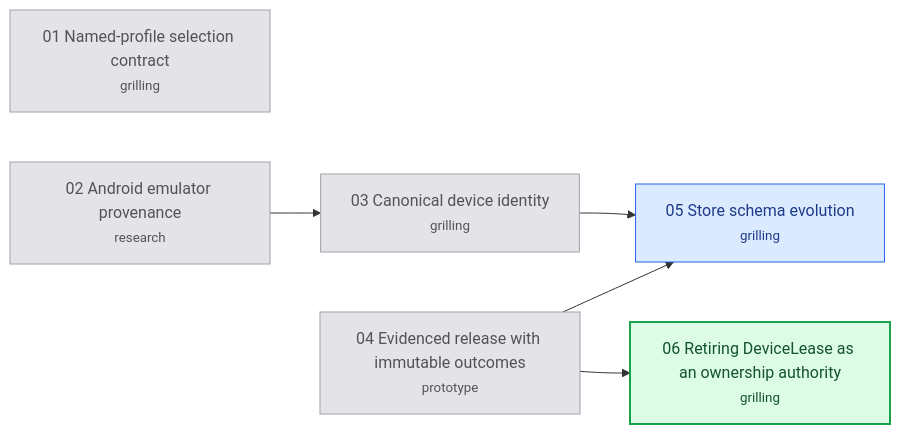
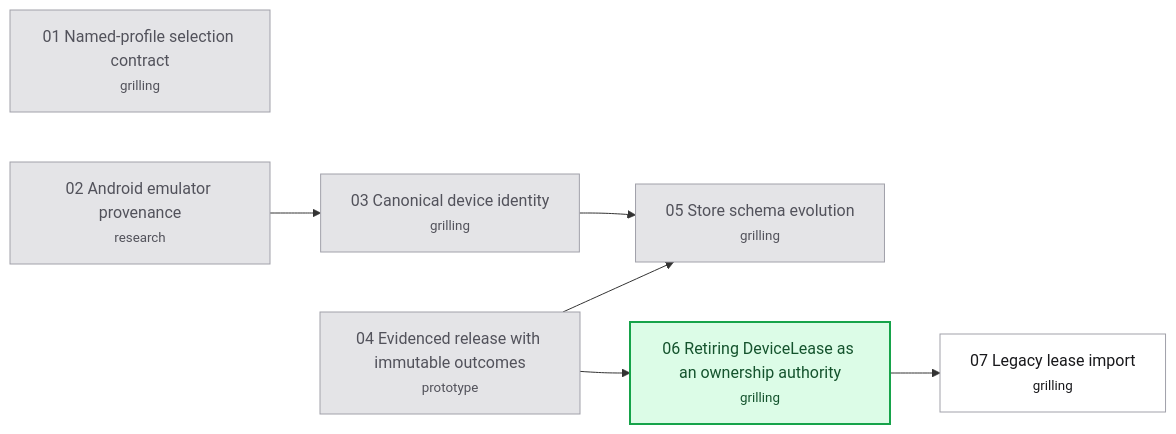
The diagram in .scratch/appium-phase2/map.md (hugues-vnsgn/jev-ios-bridge), drawn with Mermaid before and after one commit. The commit also changed other lines of this file and 4 other files, not shown here.

Commit message:
Resolve Store schema evolution

````diff
--- a/.scratch/appium-phase2/map.md
+++ b/.scratch/appium-phase2/map.md
@@ -41,20 +42,22 @@
 ```mermaid
 flowchart LR
     T01["01 Named-profile selection contract<br/><small>grilling</small>"]
     T02["02 Android emulator provenance<br/><small>research</small>"]
     T03["03 Canonical device identity<br/><small>grilling</small>"]
     T04["04 Evidenced release with immutable outcomes<br/><small>prototype</small>"]
     T05["05 Store schema evolution<br/><small>grilling</small>"]
     T06["06 Retiring DeviceLease as an ownership authority<br/><small>grilling</small>"]
+    T07["07 Legacy lease import<br/><small>grilling</small>"]
     T02 --> T03
     T03 --> T05
     T04 --> T05
     T04 --> T06
+    T06 --> T07
     classDef resolved fill:#e4e4e7,stroke:#a1a1aa,color:#52525b
     classDef claimed fill:#dbeafe,stroke:#2563eb,color:#1e3a8a
     classDef frontier fill:#dcfce7,stroke:#16a34a,color:#14532d,stroke-width:2px
     classDef blocked fill:#ffffff,stroke:#a1a1aa,color:#18181b
-    class T01,T02,T03,T04 resolved
-    class T05 claimed
+    class T01,T02,T03,T04,T05 resolved
     class T06 frontier
+    class T07 blocked
 ```
````
